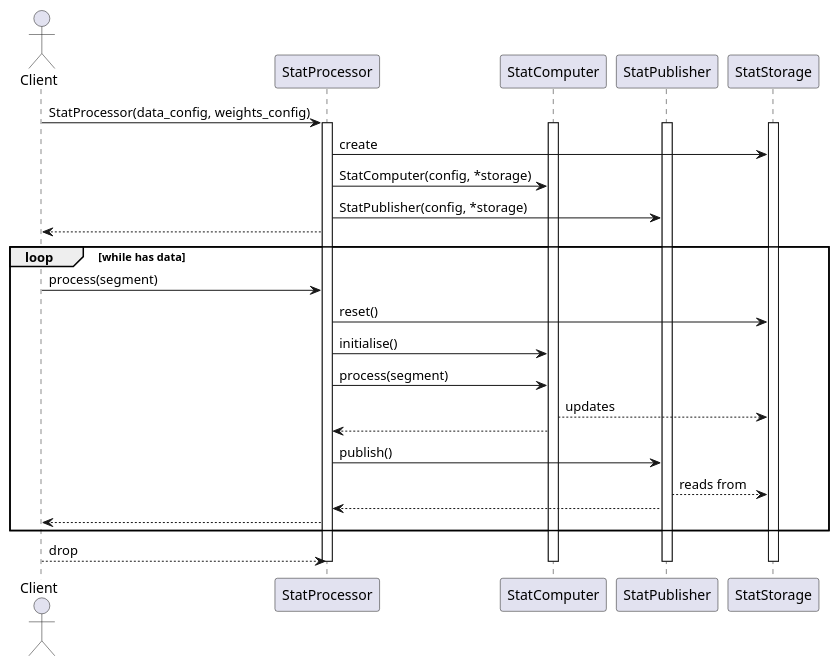
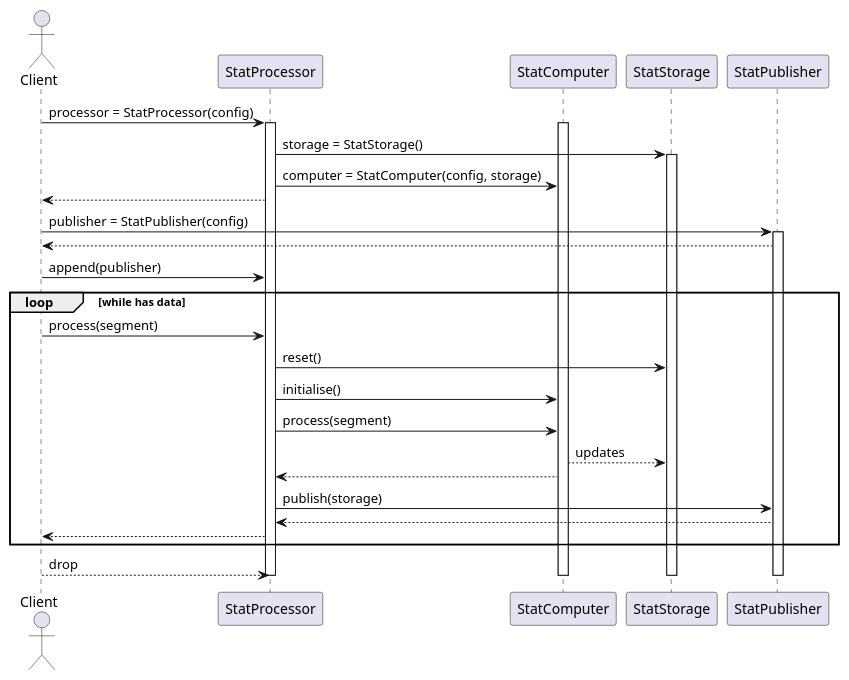
The diagram in docs/src/architecture/stats_processor_seq.puml (ska-telescope/ska-pst-stat), drawn with PlantUML before and after one commit. The commit also changed 26 other files, not shown here.

```diff
--- a/docs/src/architecture/stats_processor_seq.puml
+++ b/docs/src/architecture/stats_processor_seq.puml
@@ -1,29 +1,30 @@
 @startuml PST STAT Processor
 actor Client
-Client -> StatProcessor: StatProcessor(data_config, weights_config)
+Client -> StatProcessor: processor = StatProcessor(config)
 activate StatProcessor
 activate StatComputer
+StatProcessor -> StatStorage: storage = StatStorage()
+activate StatStorage
+StatProcessor -> StatComputer: computer = StatComputer(config, storage)
+Client <-- StatProcessor
+Client -> StatPublisher : publisher = StatPublisher(config)
 activate StatPublisher
-activate StatStorage
-StatProcessor -> StatStorage: create
-StatProcessor -> StatComputer: StatComputer(config, *storage)
-StatProcessor -> StatPublisher: StatPublisher(config, *storage)
-Client <-- StatProcessor
+Client <-- StatPublisher
+Client -> StatProcessor: append(publisher)
 loop while has data
   Client -> StatProcessor: process(segment)
   StatProcessor -> StatStorage: reset()
   StatProcessor -> StatComputer: initialise()
   StatProcessor -> StatComputer: process(segment)
   StatComputer --> StatStorage: updates
   StatProcessor <-- StatComputer
-  StatProcessor -> StatPublisher: publish()
-  StatPublisher --> StatStorage: reads from
+  StatProcessor -> StatPublisher: publish(storage)
   StatProcessor <-- StatPublisher
   Client <-- StatProcessor
 end
 Client --> StatProcessor: drop
 deactivate StatProcessor
 deactivate StatComputer
 deactivate StatPublisher
 deactivate StatStorage
 @enduml
```
